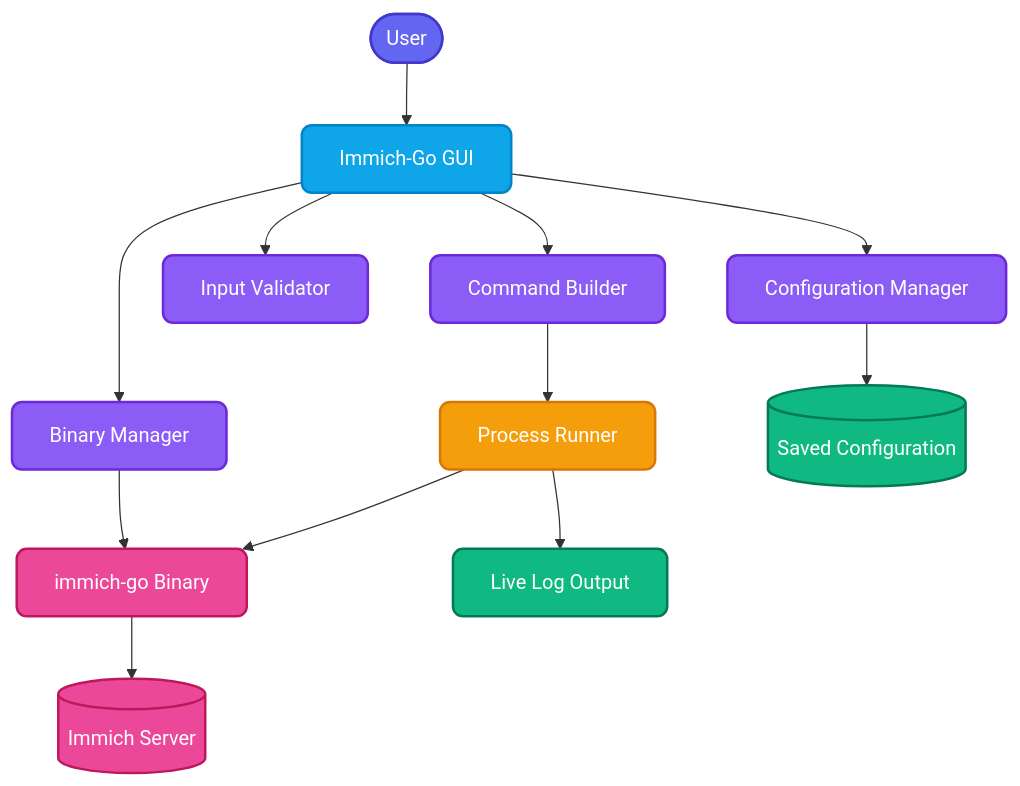
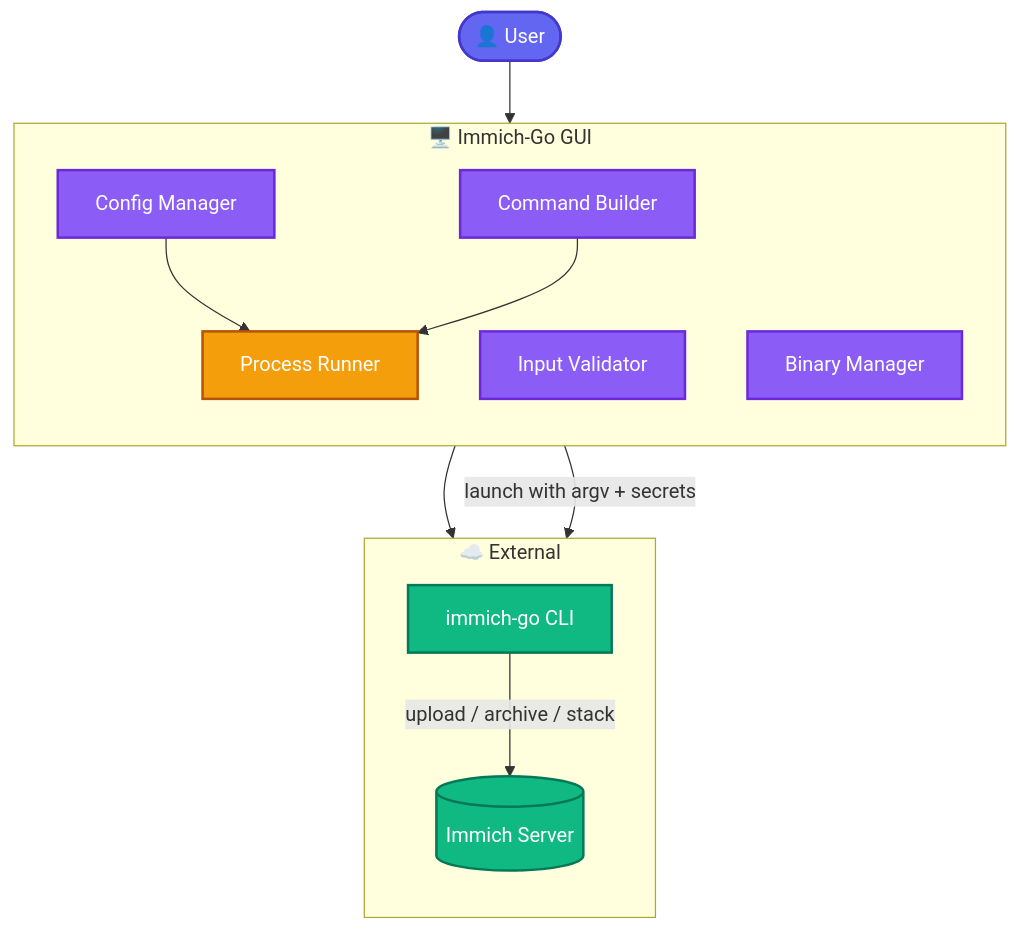
One commit to shitan198u/immich-go-gui changed the diagram in docs/README.md. Above: the diagram before and after it, drawn with Mermaid. The commit also changed 4 other files, not shown here.

Commit message:
docs: refine Mermaid diagrams with subgraphs and emoji; simplify README flowchart; surface releases page as primary download CTA

````diff
--- a/docs/README.md
+++ b/docs/README.md
@@ -18,33 +18,32 @@
 ```mermaid
 flowchart TB
-    classDef user fill:#6366f1,stroke:#4338ca,color:#ffffff,stroke-width:2px,rx:10px;
-    classDef gui fill:#0ea5e9,stroke:#0284c7,color:#ffffff,stroke-width:2px,rx:8px;
-    classDef core fill:#8b5cf6,stroke:#6d28d9,color:#ffffff,stroke-width:2px,rx:8px;
-    classDef process fill:#f59e0b,stroke:#d97706,color:#ffffff,stroke-width:2px,rx:8px;
-    classDef external fill:#ec4899,stroke:#be185d,color:#ffffff,stroke-width:2px,rx:8px;
-    classDef storage fill:#10b981,stroke:#047857,color:#ffffff,stroke-width:2px,rx:8px;
+    classDef userStyle fill:#6366f1,stroke:#4338ca,color:#fff,stroke-width:2px
+    classDef guiStyle fill:#0ea5e9,stroke:#0369a1,color:#fff,stroke-width:2px
+    classDef coreStyle fill:#8b5cf6,stroke:#6d28d9,color:#fff,stroke-width:2px
+    classDef runStyle fill:#f59e0b,stroke:#b45309,color:#fff,stroke-width:2px
+    classDef extStyle fill:#10b981,stroke:#047857,color:#fff,stroke-width:2px
 
-    User([User]):::user
-    GUI[Immich-Go GUI]:::gui
-    Config[Configuration Manager]:::core
-    Validator[Input Validator]:::core
-    Builder[Command Builder]:::core
-    Downloader[Binary Manager]:::core
-    Process[Process Runner]:::process
-    Binary[immich-go Binary]:::external
-    Server[(Immich Server)]:::external
-    Log[Live Log Output]:::storage
-    Settings[(Saved Configuration)]:::storage
+    User([👤 User]):::userStyle
 
-    User --> GUI
-    GUI --> Config
-    GUI --> Validator
-    GUI --> Builder
-    GUI --> Downloader
+    subgraph GUILayer["🖥️  Immich-Go GUI"]
+        direction TB
+        Config[Config Manager]:::coreStyle
+        Builder[Command Builder]:::coreStyle
+        Validator[Input Validator]:::coreStyle
+        BinMgr[Binary Manager]:::coreStyle
+        Process[Process Runner]:::runStyle
+    end
+
+    subgraph External["☁️  External"]
+        direction TB
+        Binary[immich-go CLI]:::extStyle
+        Server[(Immich Server)]:::extStyle
+    end
+
+    User --> GUILayer
+    Config --> Process
     Builder --> Process
-    Downloader --> Binary
-    Process --> Binary
-    Binary --> Server
-    Process --> Log
-    Config --> Settings
+    BinMgr --> Binary
+    Process -->|launch with argv + secrets| Binary
+    Binary -->|upload / archive / stack| Server
 ```
````
